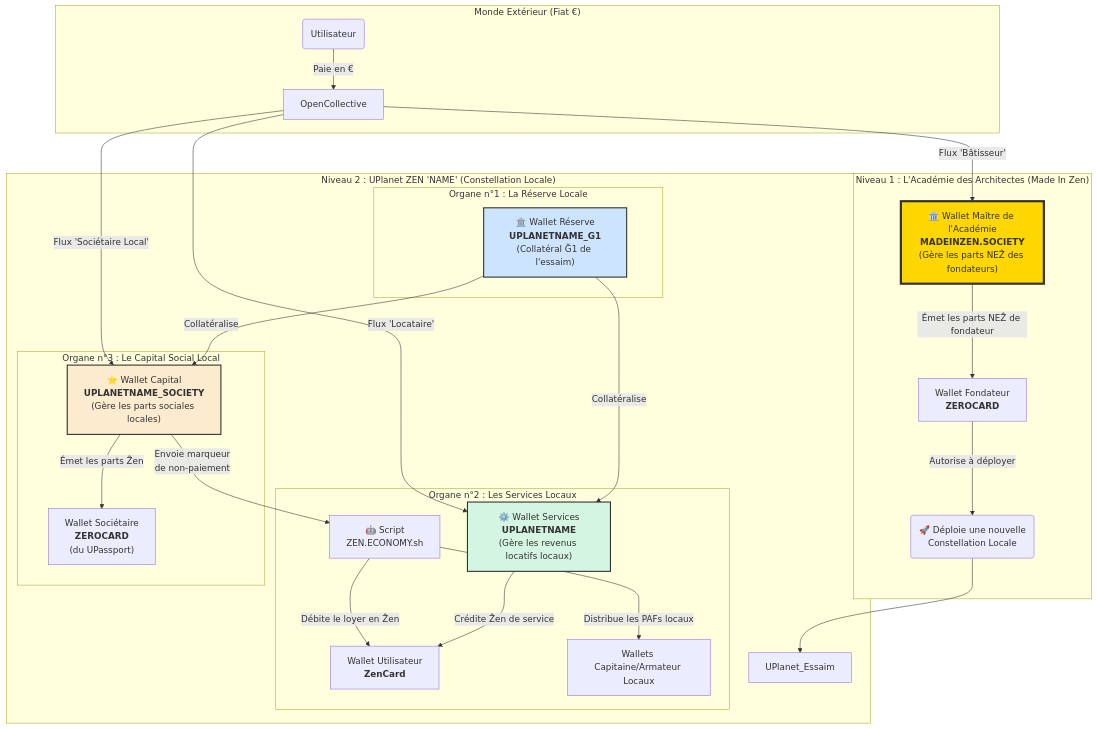
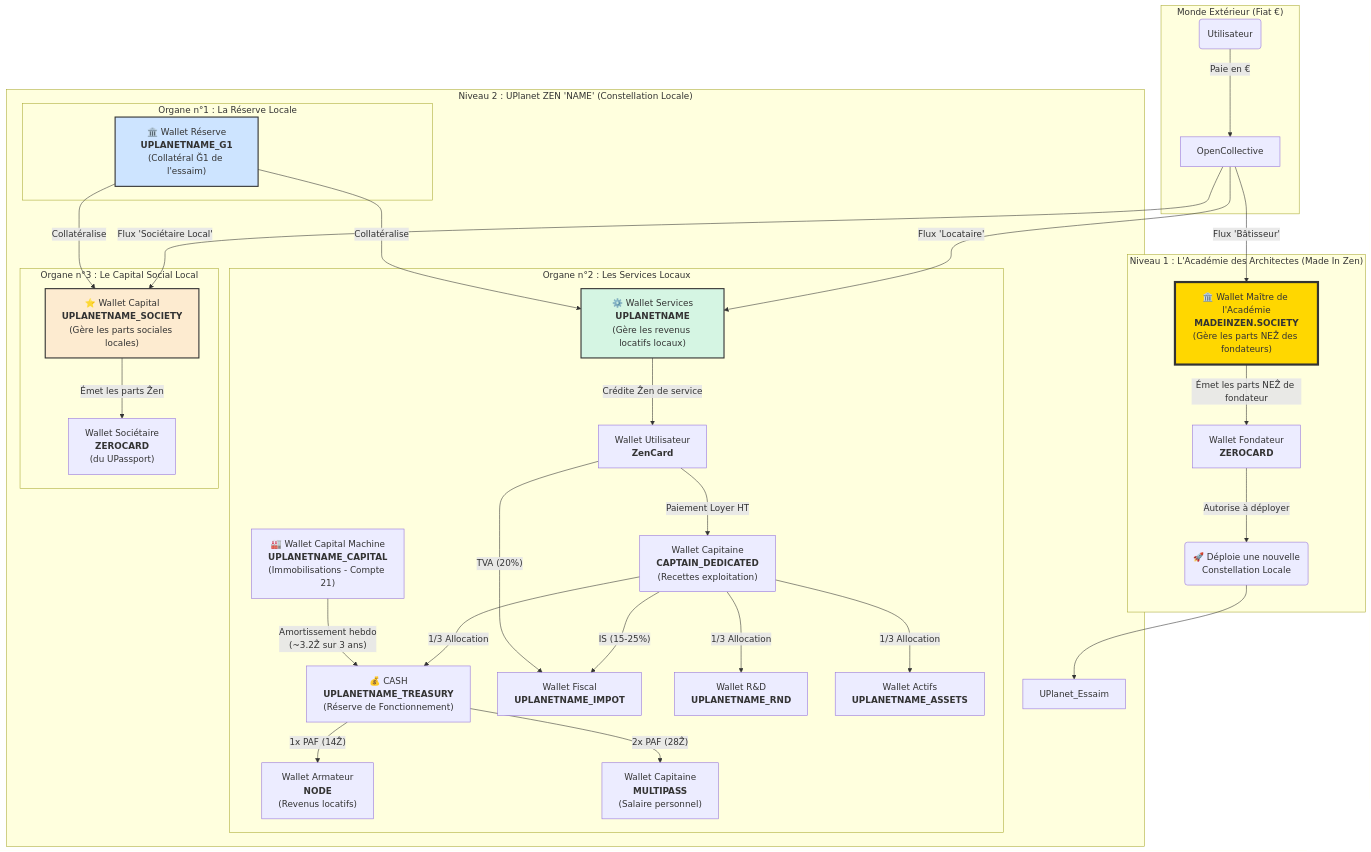
One commit to papiche/Astroport.ONE changed the diagram in templates/mermaid_ZEN_Economy_tree_Mermaid.mmd. Above: the diagram before and after it, drawn with Mermaid. The commit also changed 13 other files, not shown here.

First line of the commit message:
Implement UPLANETNAME_CAPITAL wallet for infrastructure capital management

```diff
--- a/templates/mermaid_ZEN_Economy_tree_Mermaid.mmd
+++ b/templates/mermaid_ZEN_Economy_tree_Mermaid.mmd
@@ -1,41 +1,57 @@
 graph TD;
 
     subgraph "Monde Extérieur (Fiat €)";
         User(Utilisateur) -- "Paie en €" --> OC[OpenCollective];
     end
 
     subgraph "Niveau 1 : L'Académie des Architectes (Made In Zen)";
         style MIZ_SW fill:#ffd700,stroke:#333,stroke-width:4px
         OC -- "Flux 'Bâtisseur'" --> MIZ_SW["🏛️ Wallet Maître de l'Académie<br/><b>MADEINZEN.SOCIETY</b><br/>(Gère les parts NEẐ des fondateurs)"];
         MIZ_SW -- "Émet les parts NEẐ de fondateur" --> Founder_ZC["Wallet Fondateur<br/><b>ZEROCARD</b>"];
         Founder_ZC -- "Autorise à déployer" --> Deploiement("🚀 Déploie une nouvelle<br/>Constellation Locale");
     end
 
     Deploiement --> UPlanet_Essaim;
 
     subgraph "Niveau 2 : UPlanet ZEN 'NAME' (Constellation Locale)";
       UPlanet_Essaim
       subgraph "Organe n°1 : La Réserve Locale";
           style G1W fill:#cde4ff,stroke:#333,stroke-width:2px
           G1W["🏛️ Wallet Réserve<br/><b>UPLANETNAME_G1</b><br/>(Collatéral Ğ1 de l'essaim)"];
       end
 
       subgraph "Organe n°2 : Les Services Locaux";
           style UW fill:#d5f5e3,stroke:#333,stroke-width:2px
           UW["⚙️ Wallet Services<br/><b>UPLANETNAME</b><br/>(Gère les revenus locatifs locaux)"];
           G1W -- "Collatéralise" --> UW;
           OC -- "Flux 'Locataire'" --> UW;
           UW -- "Crédite Ẑen de service" --> ZenCard["Wallet Utilisateur<br/><b>ZenCard</b>"];
-          Script["🤖 Script<br/>ZEN.ECONOMY.sh"] -- "Débite le loyer en Ẑen" --> ZenCard;
-          Script -- "Distribue les PAFs locaux" --> InfraWallets["Wallets Capitaine/Armateur Locaux"];
+          
+          %% CASH paie les coûts opérationnels
+          CASH["💰 CASH<br/><b>UPLANETNAME_TREASURY</b><br/>(Réserve de Fonctionnement)"];
+          CASH -- "1x PAF (14Ẑ)" --> NODE["Wallet Armateur<br/><b>NODE</b><br/>(Revenus locatifs)"];
+          CASH -- "2x PAF (28Ẑ)" --> Captain_MP["Wallet Capitaine<br/><b>MULTIPASS</b><br/>(Salaire personnel)"];
+          
+          %% Capital Machine (Immobilisations - Compte 21)
+          CAPITAL["🏭 Wallet Capital Machine<br/><b>UPLANETNAME_CAPITAL</b><br/>(Immobilisations - Compte 21)"];
+          CAPITAL -- "Amortissement hebdo<br/>(~3.2Ẑ sur 3 ans)" --> CASH;
+          
+          %% Collecte des loyers vers CAPTAIN_DEDICATED
+          ZenCard -- "Paiement Loyer HT" --> Captain_DED["Wallet Capitaine<br/><b>CAPTAIN_DEDICATED</b><br/>(Recettes exploitation)"];
+          ZenCard -- "TVA (20%)" --> IMPOT["Wallet Fiscal<br/><b>UPLANETNAME_IMPOT</b>"];
+          
+          %% Allocation coopérative depuis CAPTAIN_DEDICATED
+          Captain_DED -- "IS (15-25%)" --> IMPOT;
+          Captain_DED -- "1/3 Allocation" --> CASH;
+          Captain_DED -- "1/3 Allocation" --> RND["Wallet R&D<br/><b>UPLANETNAME_RND</b>"];
+          Captain_DED -- "1/3 Allocation" --> ASSETS["Wallet Actifs<br/><b>UPLANETNAME_ASSETS</b>"];
       end
       
       subgraph "Organe n°3 : Le Capital Social Local";
           style SW fill:#fdebd0,stroke:#333,stroke-width:2px
           SW["⭐ Wallet Capital<br/><b>UPLANETNAME_SOCIETY</b><br/>(Gère les parts sociales locales)"];
           G1W -- "Collatéralise" --> SW;
           OC -- "Flux 'Sociétaire Local'" --> SW;
           SW -- "Émet les parts Ẑen" --> ZeroCard["Wallet Sociétaire<br/><b>ZEROCARD</b><br/>(du UPassport)"];
-          SW -- "Envoie marqueur<br/>de non-paiement" --> Script;
       end
     end
```
